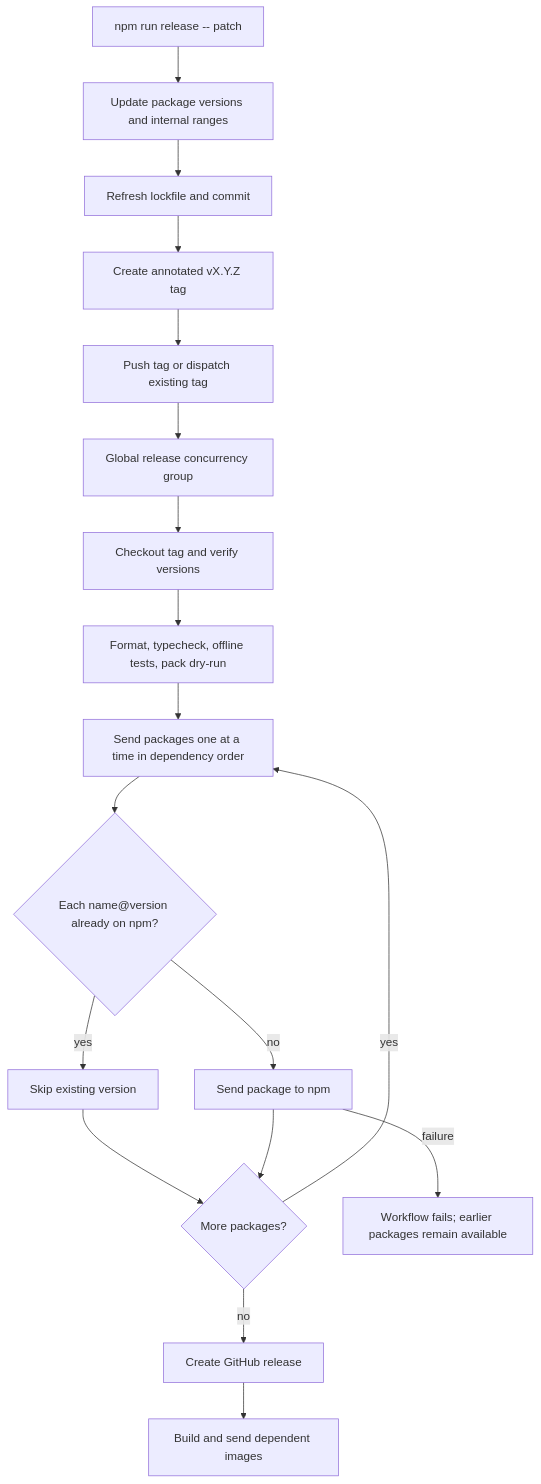
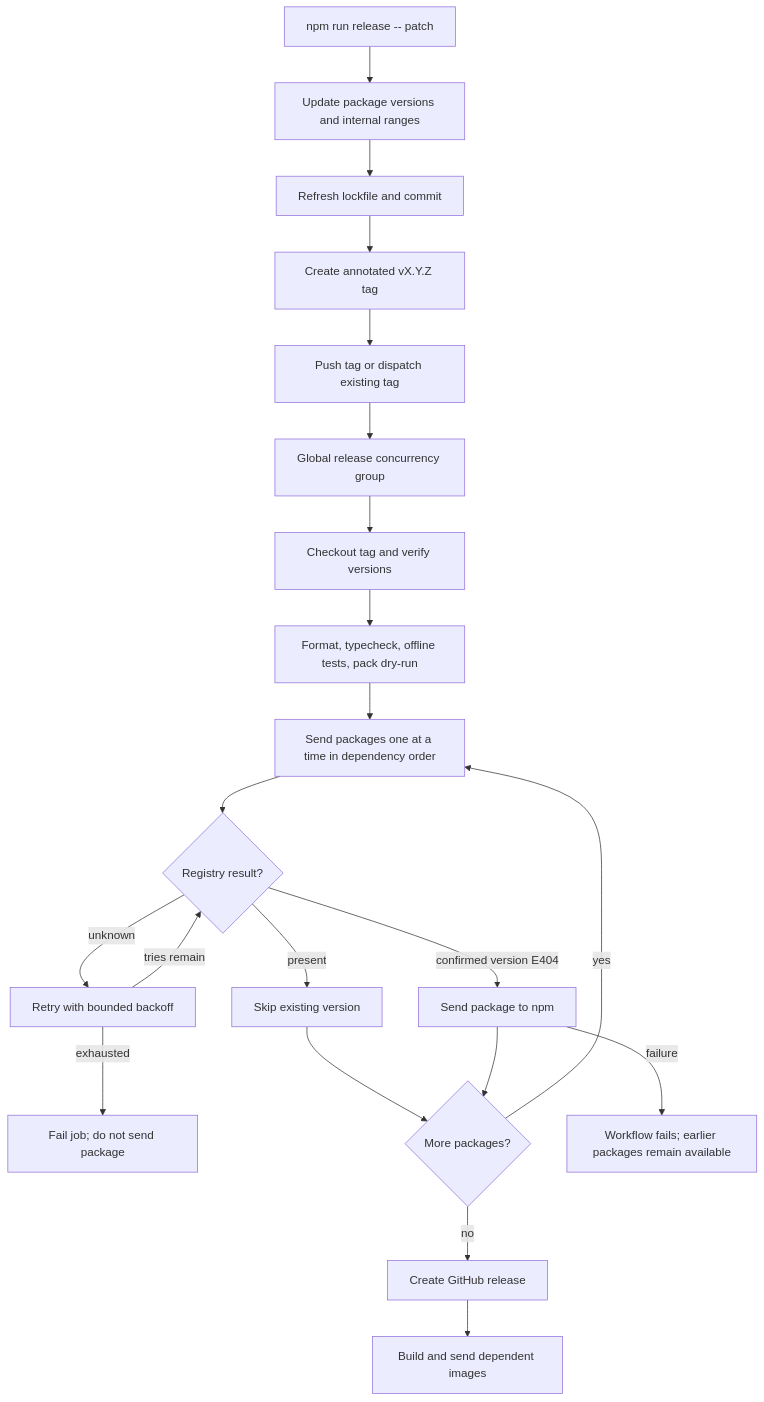
Before and after one commit to zenera-ai/ZeneraNeo: the diagram in reports/release-safe-rerun/README.md, drawn with Mermaid. The commit also changed other lines of this file and 3 other files, not shown here.

Commit message:
Fail closed on ambiguous registry lookups

````diff
--- a/reports/release-safe-rerun/README.md
+++ b/reports/release-safe-rerun/README.md
@@ -9,20 +9,23 @@
 ```mermaid
 flowchart TD
     A["npm run release -- patch"] --> B["Update package versions and internal ranges"]
     B --> C["Refresh lockfile and commit"]
     C --> D["Create annotated vX.Y.Z tag"]
     D --> E["Push tag or dispatch existing tag"]
     E --> F["Global release concurrency group"]
     F --> G["Checkout tag and verify versions"]
     G --> H["Format, typecheck, offline tests, pack dry-run"]
     H --> I["Send packages one at a time in dependency order"]
-    I --> J{"Each name@version already on npm?"}
-    J -->|yes| K["Skip existing version"]
-    J -->|no| L["Send package to npm"]
+    I --> J{"Registry result?"}
+    J -->|present| K["Skip existing version"]
+    J -->|confirmed version E404| L["Send package to npm"]
+    J -->|unknown| R["Retry with bounded backoff"]
+    R -->|tries remain| J
+    R -->|exhausted| X["Fail job; do not send package"]
     K --> M{"More packages?"}
     L --> M
     M -->|yes| I
     M -->|no| N["Create GitHub release"]
     N --> O["Build and send dependent images"]
     L -->|failure| P["Workflow fails; earlier packages remain available"]
 ```
````
